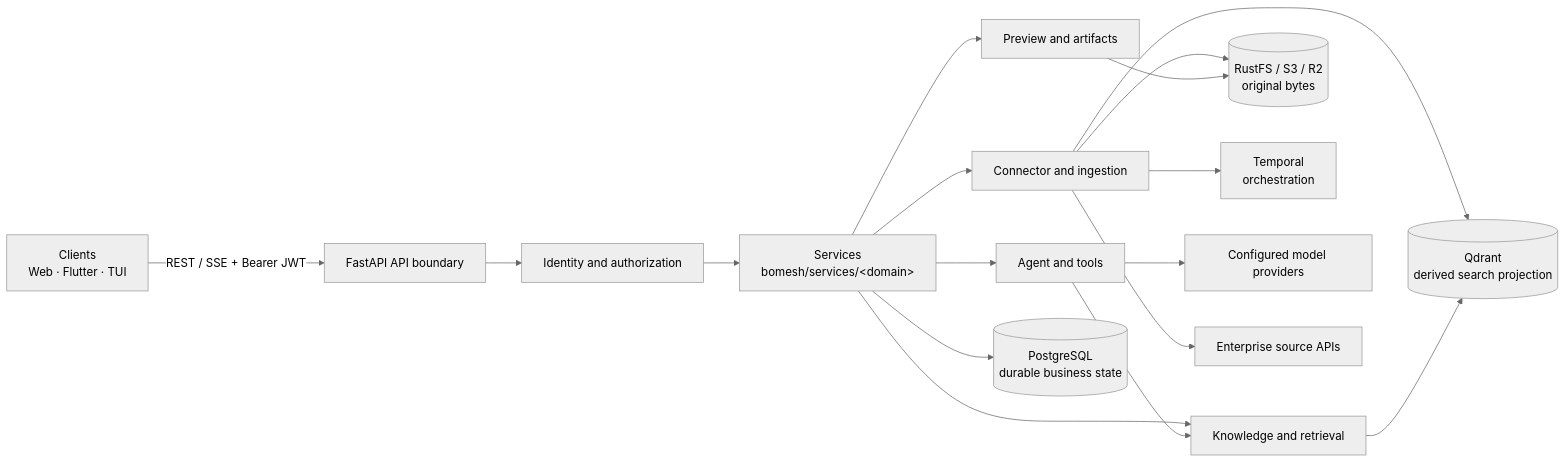
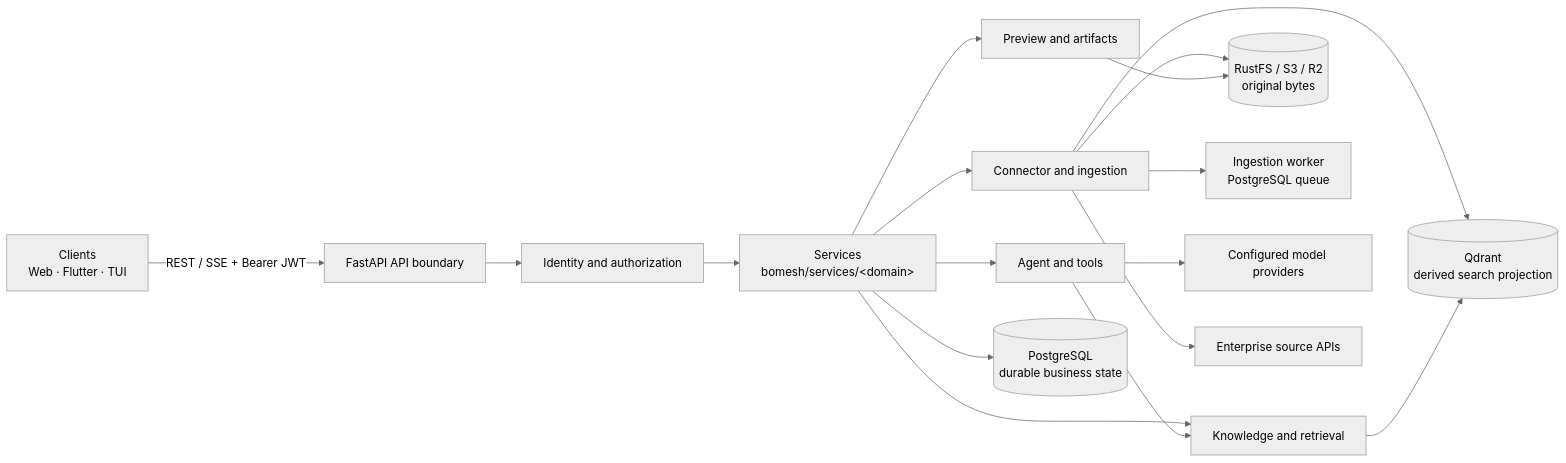
The first of 3 diagrams in docs/architecture-overview.md (NguyenDuy1910/BoMesh), drawn with Mermaid (neutral theme) before and after one commit. The commit also changed other lines of this file and 309 other files, not shown here.

````diff
--- a/docs/architecture-overview.md
+++ b/docs/architecture-overview.md
@@ -52,21 +52,21 @@
 ```mermaid
 flowchart LR
     C["Clients<br/>Web · Flutter · TUI"] -->|"REST / SSE + Bearer JWT"| API["FastAPI API boundary"]
     API --> AUTH["Identity and authorization"]
     AUTH --> SVC["Services<br/>bomesh/services/&lt;domain&gt;"]
 
     SVC --> KN["Knowledge and retrieval"]
     SVC --> ING["Connector and ingestion"]
     SVC --> AG["Agent and tools"]
     SVC --> PRE["Preview and artifacts"]
 
     SVC --> PG[("PostgreSQL<br/>durable business state")]
     ING --> OBJ[("RustFS / S3 / R2<br/>original bytes")]
     PRE --> OBJ
-    ING --> TEMP["Temporal<br/>orchestration"]
+    ING --> WRK["Ingestion worker<br/>PostgreSQL queue"]
     ING --> QD[("Qdrant<br/>derived search projection")]
     KN --> QD
     AG --> KN
     AG --> MODEL["Configured model providers"]
     ING --> SRC["Enterprise source APIs"]
 ```
````
